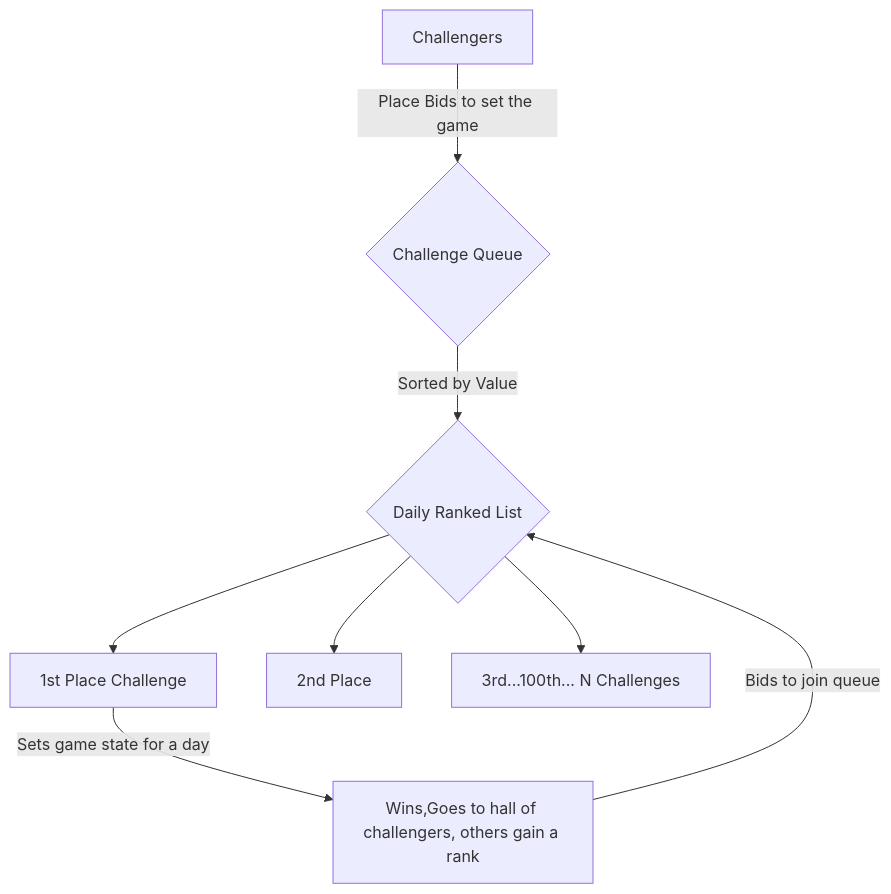
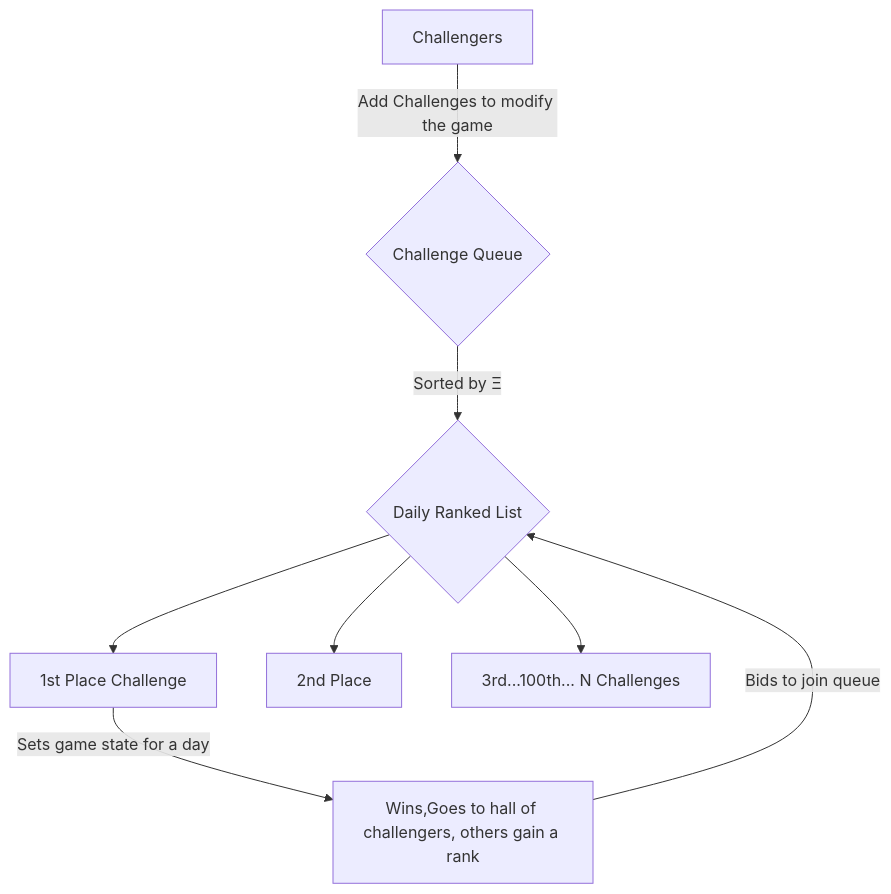
The second of 5 diagrams in README.md (OnChainSurvivor/OnChainSurvivor), drawn with Mermaid before and after one commit. The commit also changed other lines of this file and 1 other file, not shown here.

````diff
--- a/README.md
+++ b/README.md
@@ -25,10 +25,10 @@
 ```mermaid
 graph TD
-    A[Challengers] -->|Place Bids to set the game| B{Challenge Queue}
-    B -->|Sorted by Value| C{Daily Ranked List}
+    A[Challengers] -->|Add Challenges to modify the game| B{Challenge Queue}
+    B -->|Sorted by Ξ | C{Daily Ranked List}
     C --> D1[1st Place Challenge]
     C --> D2[2nd Place]
     C --> D12[3rd...100th... N Challenges]
     D1 -->| Sets game state for a day | E[Wins,Goes to hall of challengers, others gain a rank]
     E -->| Bids to join queue | C
 ```
````
